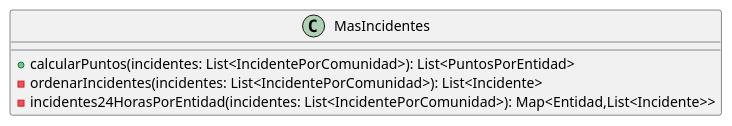
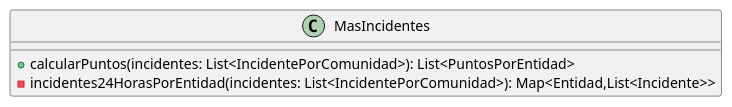
Before and after one commit to mbertogliati/dds-tpa: the diagram in DC/E3/rankings/MasIncidentes.puml, drawn with PlantUML. The commit also changed 4 other files, not shown here.

```diff
--- a/DC/E3/rankings/MasIncidentes.puml
+++ b/DC/E3/rankings/MasIncidentes.puml
@@ -1,10 +1,9 @@
 @startuml
 'https://plantuml.com/class-diagram
 
 class MasIncidentes{
 + calcularPuntos(incidentes: List<IncidentePorComunidad>): List<PuntosPorEntidad>
-- ordenarIncidentes(incidentes: List<IncidentePorComunidad>): List<Incidente>
 - incidentes24HorasPorEntidad(incidentes: List<IncidentePorComunidad>): Map<Entidad,List<Incidente>>
 }
 
 @enduml
```
